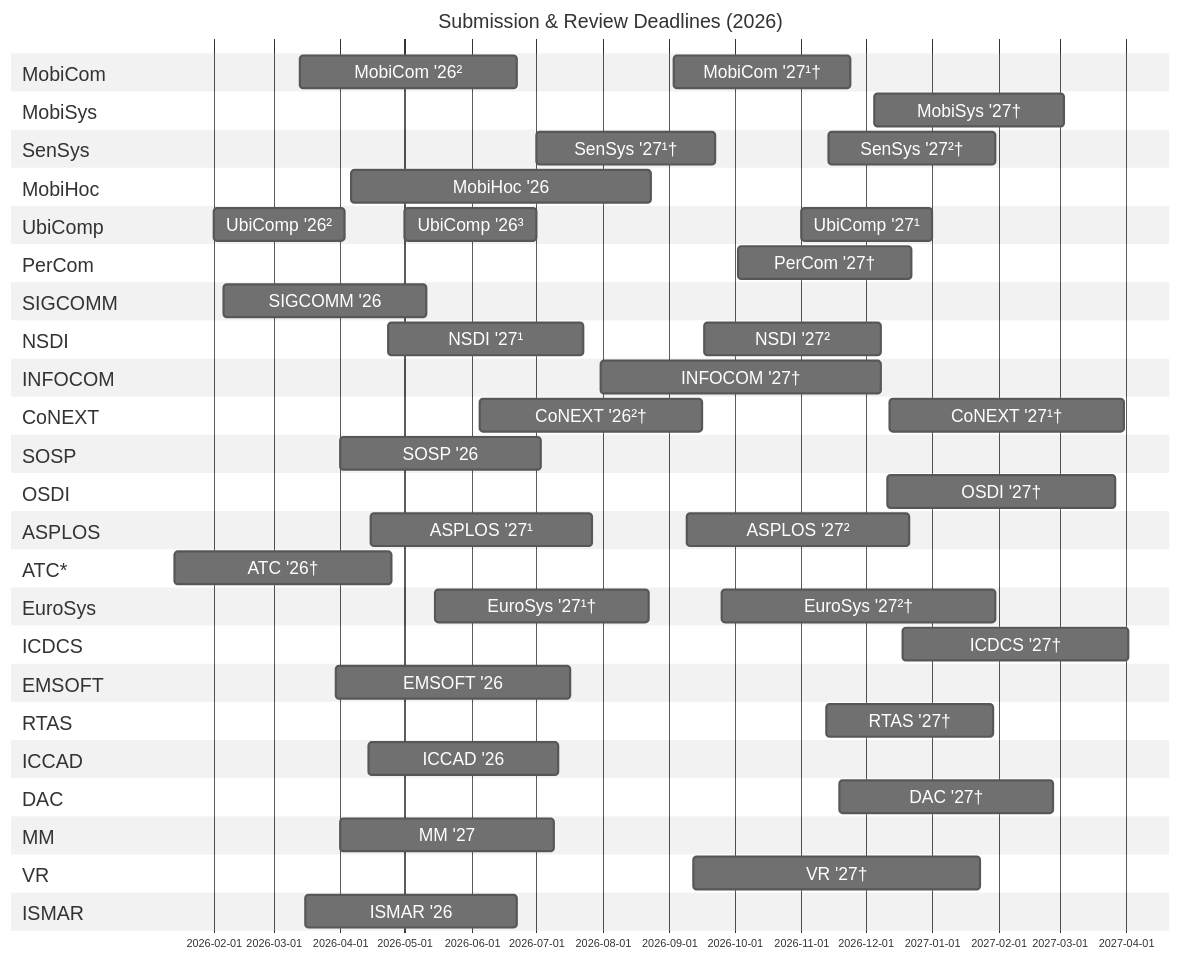
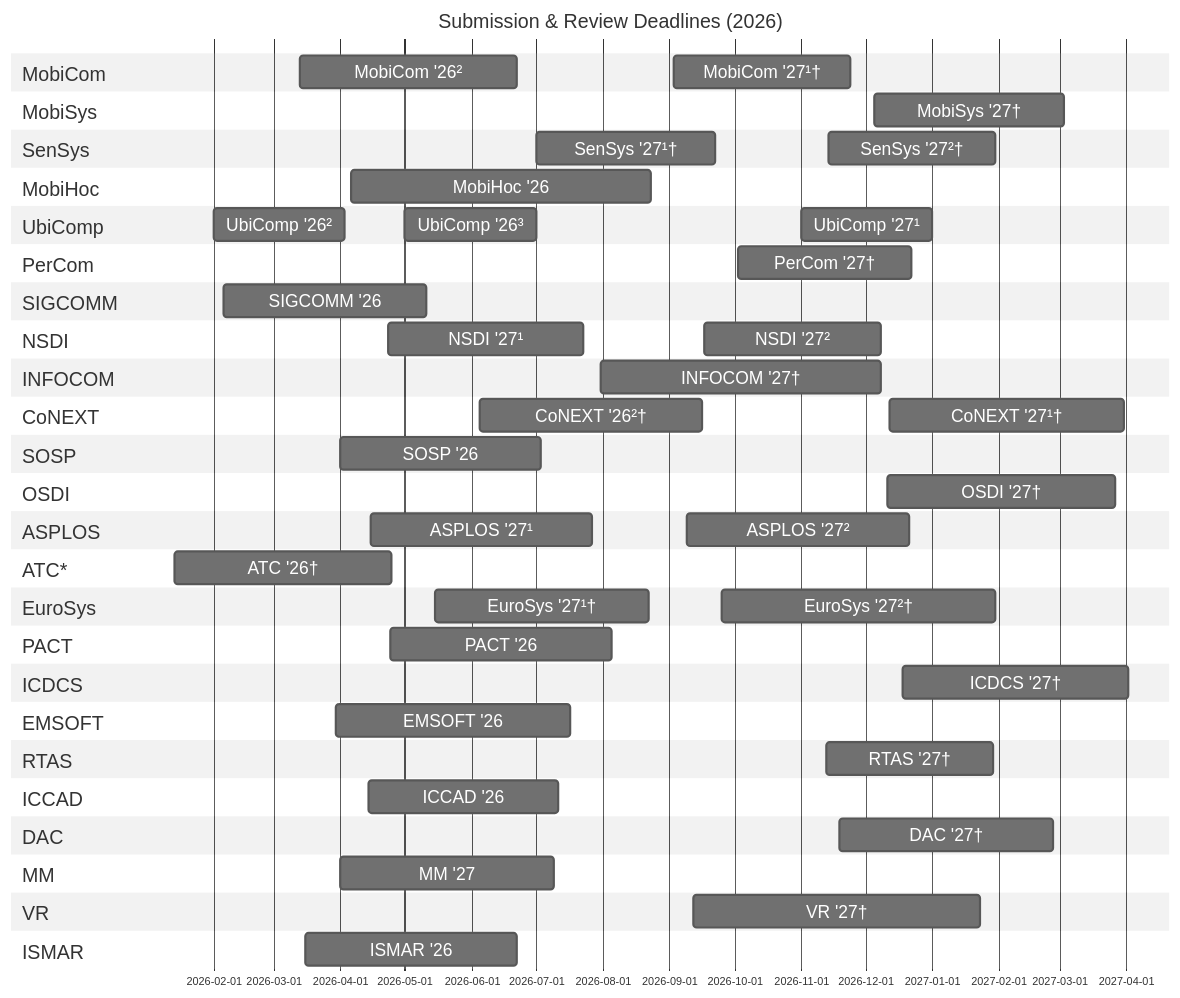
One commit to iamseonghoon/Mobile-Systems-Conference-Deadlines changed the diagram in README.md. Above: the diagram before and after it, drawn with Mermaid.

Commit message:
Update conference sections in README.md

````diff
--- a/README.md
+++ b/README.md
@@ -83,6 +83,9 @@
     EuroSys '27¹† :eurosys27-review1, 2026-05-15, 99d
     EuroSys '27²† :eurosys27-review2, 2026-09-25, 127d
 
+    section PACT
+    PACT '26 :pact26-review, 2026-04-24, 103d
+
     section ICDCS
     ICDCS '27† :icdcs27-review, 2026-12-18, 105d
 
@@ -107,9 +110,9 @@
     section MM
     MM '27 :mm27-review, 2026-04-01, 99d
 
-   section VR
-   VR '27† :vr27-review, 2026-09-12, 133d
+    section VR
+    VR '27† :vr27-review, 2026-09-12, 133d
 
-   section ISMAR
-   ISMAR '26 :ismar26-review, 2026-03-16, 98d
+    section ISMAR
+    ISMAR '26 :ismar26-review, 2026-03-16, 98d
 ```
````
